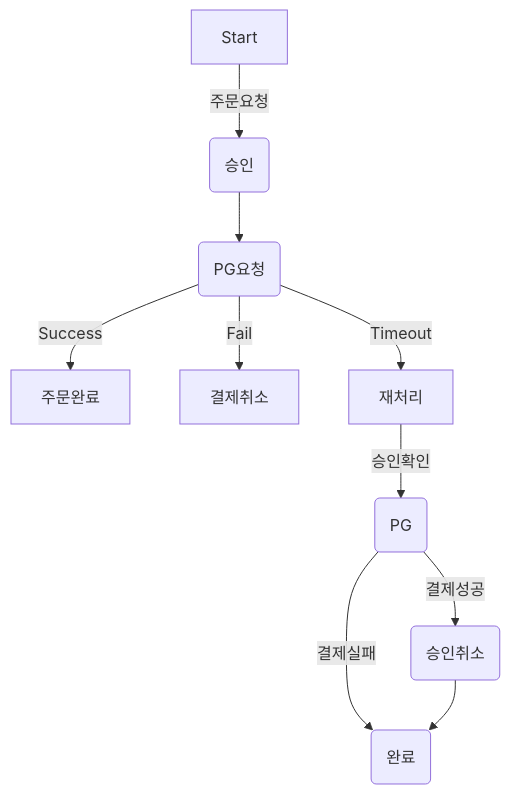
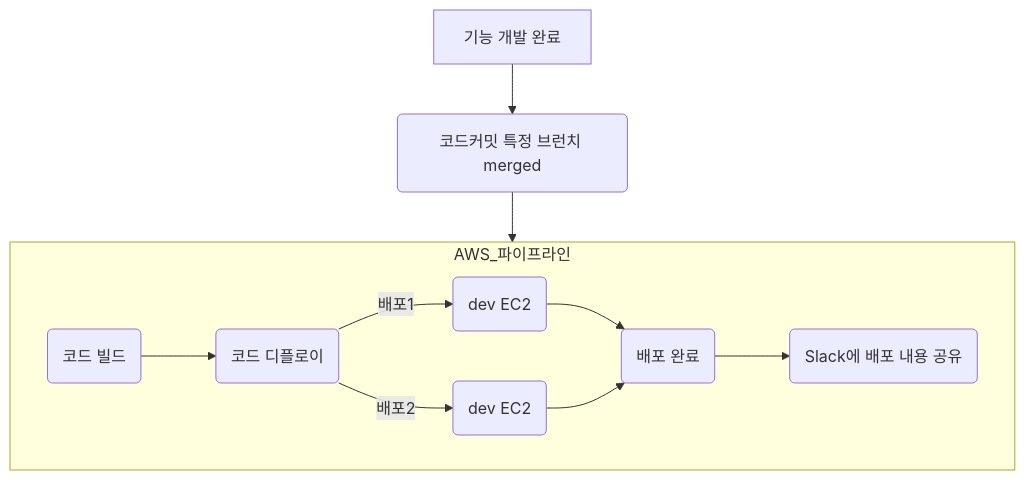
Before and after one commit to next-step/career-wbs: the fifth of 9 diagrams in WBS-classTest.md, drawn with Mermaid. The commit also changed other lines of this file, not shown here.

````diff
--- a/WBS-classTest.md
+++ b/WBS-classTest.md
@@ -182,13 +197,13 @@
 ```mermaid
-flowchart TB
- G[Start] --주문요청 --> H(승인)
-    H --> I(PG요청)
-    I -- Success --> J[주문완료]
-    I -- Fail --> K[결제취소]
-    I -- Timeout --> L[재처리]
-    L -- 승인확인 --> M(PG)
-    M -- 결제실패 --> Z(완료)
-    M -- 결제성공 --> O(승인취소)
-    O --> Z
-
+flowchart TD
+  A[기능 개발 완료] -->B(코드커밋 특정 브런치 merged)
+  B --> AWS_파이프라인
+  subgraph AWS_파이프라인
+    C(코드 빌드) --> D(코드 디플로이)
+    D -->|배포1| E(dev EC2)
+    D -->|배포2| F(dev EC2)
+    E --> G(배포 완료)
+    F --> G
+    G --> H(Slack에 배포 내용 공유)
+  end
 ```
````
